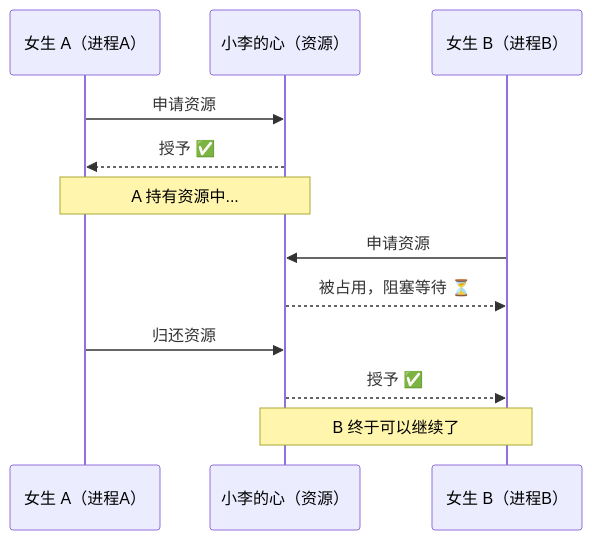
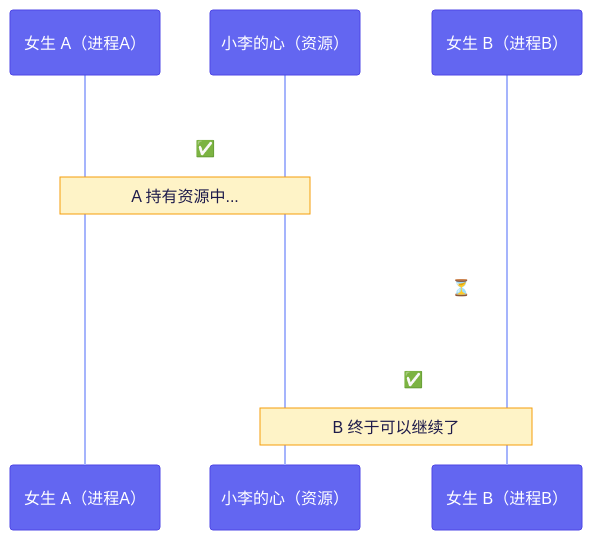
Before and after one commit to bioll-web/Crossing: diagram 11 of 12 in content/zh/docs/tech-frontier/os-course/os-concepts/ch01-introduction/02-characteristics.md, drawn with Mermaid. The commit also changed other lines of this file and 6 other files, not shown here.

First line of the commit message:
feat: rename Term 1 to 深入了解操作系统 & improve ch01 diagrams

````diff
--- a/content/zh/docs/tech-frontier/os-course/os-concepts/ch01-introduction/02-characteristics.md
+++ b/content/zh/docs/tech-frontier/os-course/os-concepts/ch01-introduction/02-characteristics.md
@@ -284,19 +332,42 @@
 ```mermaid
+%%{init: {'theme':'base', 'themeVariables': {
+  'primaryColor':'#6366f1',
+  'primaryTextColor':'#ffffff',
+  'primaryBorderColor':'#4f46e5',
+  'lineColor':'#a5b4fc',
+  'secondaryColor':'#a5b4fc',
+  'tertiaryColor':'#ede9fe',
+  'noteBkgColor':'#fef3c7',
+  'noteTextColor':'#1e1b4b',
+  'noteBorderColor':'#f59e0b',
+  'actorBkg':'#6366f1',
+  'actorTextColor':'#ffffff',
+  'actorBorder':'#4f46e5',
+  'actorLineColor':'#a5b4fc',
+  'signalColor':'#ffffff',
+  'signalTextColor':'#ffffff',
+  'labelBoxBkgColor':'#6366f1',
+  'labelTextColor':'#ffffff',
+  'loopTextColor':'#ffffff',
+  'activationBkgColor':'#a5b4fc',
+  'activationBorderColor':'#6366f1',
+  'sequenceNumberColor':'#ffffff'
+}}}%%
 sequenceDiagram
     participant A as 女生 A（进程A）
     participant Res as 小李的心（资源）
     participant B as 女生 B（进程B）
- 
+
     A->>Res: 申请资源
     Res-->>A: 授予 ✅
- 
+
     Note over A,Res: A 持有资源中...
- 
+
     B->>Res: 申请资源
     Res-->>B: 被占用，阻塞等待 ⏳
- 
+
     A->>Res: 归还资源
     Res-->>B: 授予 ✅
- 
+
     Note over B,Res: B 终于可以继续了
 ```
````
